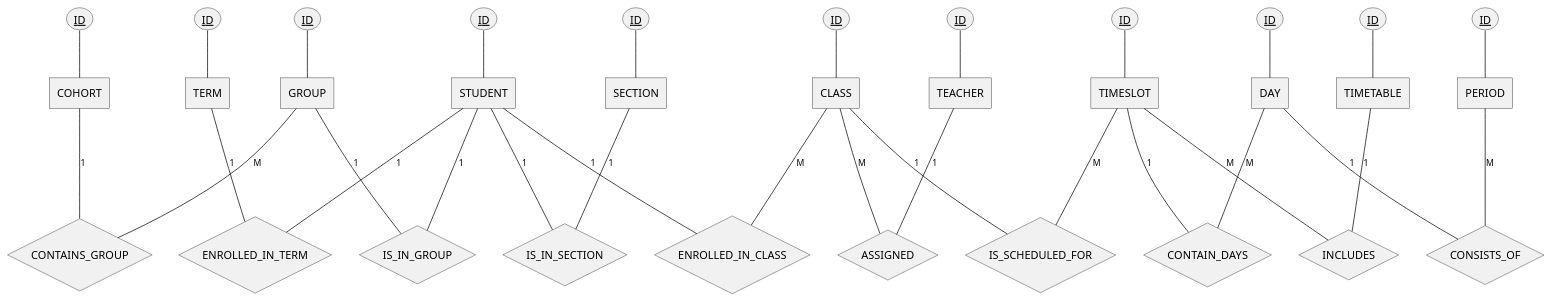
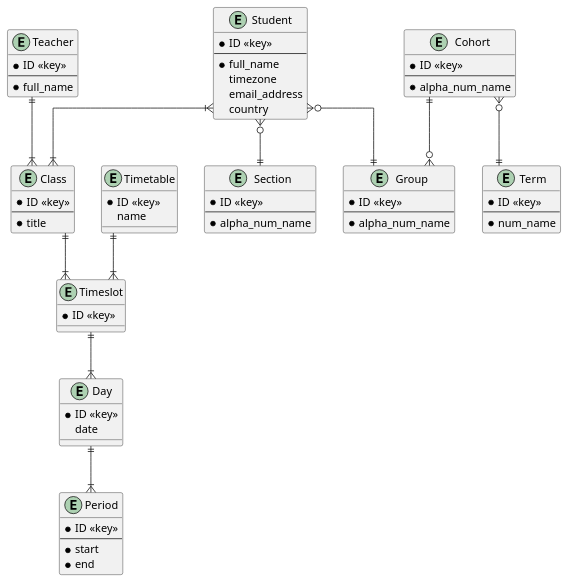
The diagram in resources/entity-relationship/package.puml (zrock-dev-backup/kawsay), drawn with PlantUML before and after one commit.

Commit message:
refactor(ERD): change to crowfoot

```diff
--- a/resources/entity-relationship/package.puml
+++ b/resources/entity-relationship/package.puml
@@ -1,110 +1,73 @@
-@startchen
-
-'"Each [ENTITY1] [cardinality+optionality] [relationship verb] [cardinality+optionality] [ENTITY2]"
-
-/'
-
-Each CLASS is a COURSE
-Each MODULE has 3 COURSES
-Each TERM has 3 MODULEs
-Each CLASS may last 8 to 10 weeks
-'/
+@startuml
+skinparam linetype ortho
 
 '				Entities
-entity STUDENT {
-	ID <<key>>
+entity Student {
+	* ID <<key>>
+	--
+	* full_name
+	timezone
+	email_address
+	country
 }
-entity SECTION {
-	ID <<key>>
+entity Section {
+	* ID <<key>>
+	--
+	* alpha_num_name
  }
-entity GROUP {
-	ID <<key>>
+entity Group {
+	* ID <<key>>
+	--
+	* alpha_num_name
  }
-entity COHORT {
-	ID <<key>>
+entity Cohort {
+	* ID <<key>>
+	--
+	* alpha_num_name
  }
-entity TERM {
-	ID <<key>>
+entity Term {
+	* ID <<key>>
+	--
+	* num_name
  }
-entity TEACHER {
-	ID <<key>>
+entity Teacher {
+	* ID <<key>>
+	--
+	* full_name
  }
-entity CLASS {
-	ID <<key>>
+entity Class {
+	* ID <<key>>
+	--
+	* title
  }
-entity TIMESLOT {
-	ID <<key>>
+ entity Timeslot {
+	* ID <<key>>
  }
-entity DAY {
-	ID <<key>>
+entity Timetable {
+	* ID <<key>>
+	name
  }
-entity TIMETABLE {
-	ID <<key>>
+ entity Day {
+    * ID <<key>>
+    date
  }
-entity PERIOD {
-	ID <<key>>
- }
-
-
-'				Relationships
-relationship IS_IN_GROUP {
- }
-relationship IS_IN_SECTION {
- }
-relationship ENROLLED_IN_TERM {
- }
-relationship ENROLLED_IN_CLASS {
- }
-relationship ASSIGNED {
- }
-relationship IS_SCHEDULED_FOR {
- }
-relationship CONTAINS_GROUP {
- }
-relationship CONTAIN_DAYS {
- }
-relationship CONSISTS_OF {
- }
-relationship INCLUDES {
+ entity Period {
+    * ID <<key>>
+	--
+    * start
+    * end
  }
 
 '				Connections
-'Each STUDENT must BELONG to exactly one SECTION and exactly one GROUP.
-STUDENT -1- IS_IN_SECTION
-SECTION -1- IS_IN_SECTION
+Student }o--|| Section
+Student }o--|| Group
+Cohort }o--|| Term
+Cohort ||--o{ Group
 
-STUDENT -1- IS_IN_GROUP
-GROUP -1- IS_IN_GROUP
-
-'Each COHORT must have one or many GROUPs.
-COHORT -1- CONTAINS_GROUP
-GROUP -M- CONTAINS_GROUP
-
-'Each STUDENT must be ENROLLED to exactly one TERM.
-STUDENT -1- ENROLLED_IN_TERM
-TERM -1- ENROLLED_IN_TERM
-
-'Each STUDENT must be ENROLLED in at least one or many CLASS.
-STUDENT -1- ENROLLED_IN_CLASS
-CLASS -M- ENROLLED_IN_CLASS
-
-'Each TEACHER must be ASSIGNED to one or many CLASSES
-TEACHER -1- ASSIGNED
-CLASS -M- ASSIGNED
-
-'Each CLASS IS_SCHEDULED_FOR one or many TIMESLOTs
-CLASS -1- IS_SCHEDULED_FOR
-TIMESLOT -M- IS_SCHEDULED_FOR
-
-'Each TIMESLOT must CONTAINS_GROUP one or many DAYs
-TIMESLOT -1- CONTAIN_DAYS
-DAY -M- CONTAIN_DAYS
-
-'Each DAY must CONTAINS_GROUP one or many PERIODs
-DAY -1- CONSISTS_OF
-PERIOD -M- CONSISTS_OF
-
-'Each TIMETABLE must CONTAINS_GROUP one or many TIMESLOTs
-TIMETABLE -1- INCLUDES
-TIMESLOT -M- INCLUDES
-@endchen
+Student }|--|{ Class
+Teacher ||--|{ Class
+Class ||--|{ Timeslot
+Timeslot ||--|{ Day
+Day ||--|{ Period
+Timetable ||--|{ Timeslot
+@enduml
```
